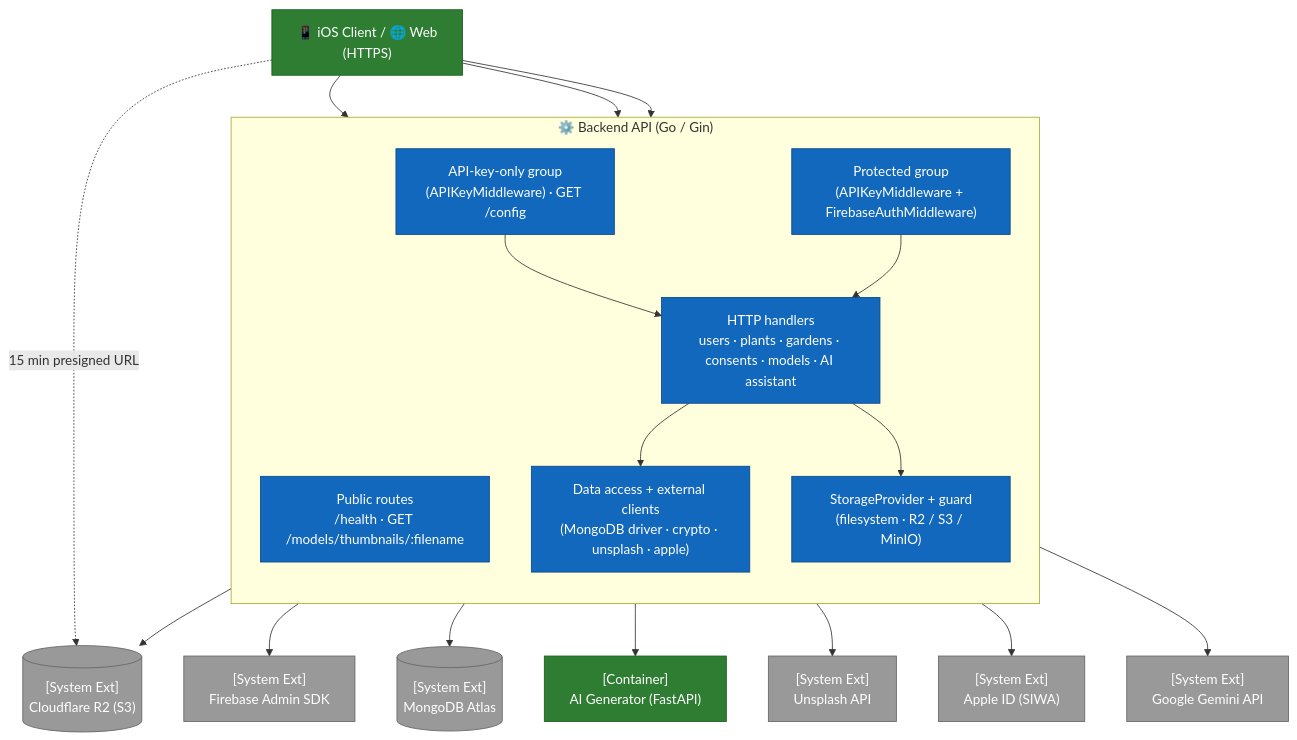
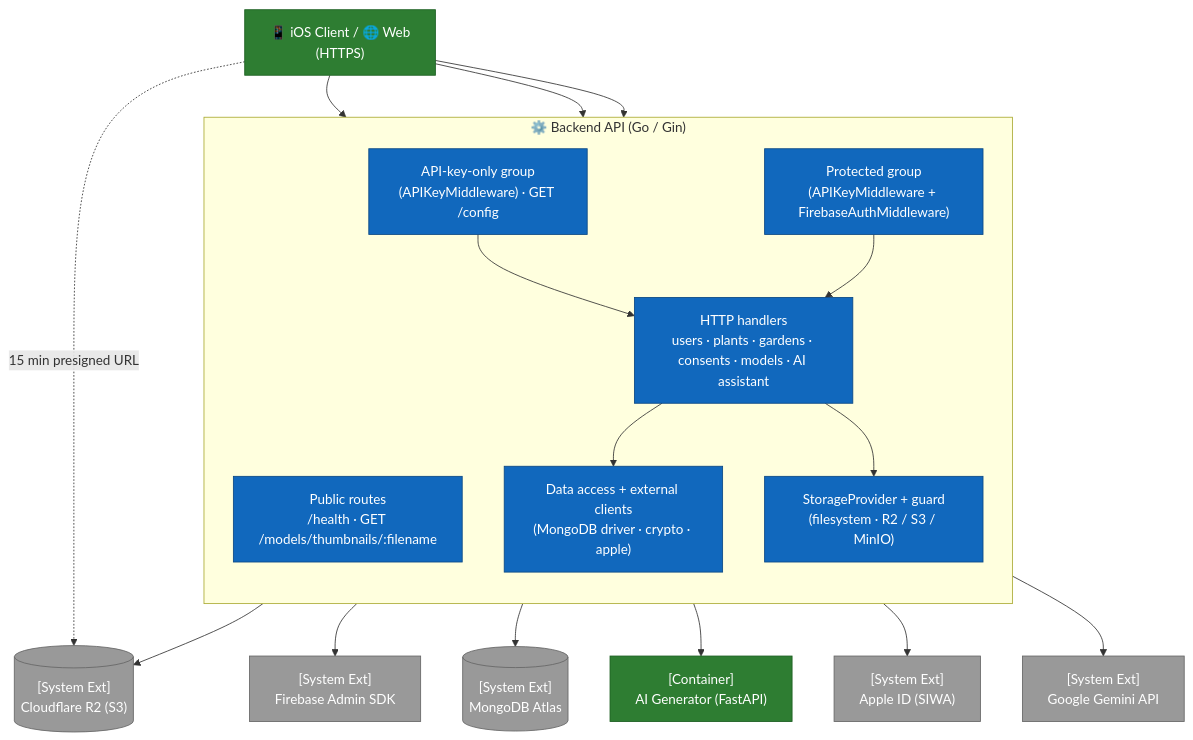
Before and after one commit to ArboreTeam/Arbore: the diagram in docs/en/architecture/03-components-backend.md, drawn with Mermaid. The commit also changed other lines of this file and 35 other files, not shown here.

````diff
--- a/docs/en/architecture/03-components-backend.md
+++ b/docs/en/architecture/03-components-backend.md
@@ -9,46 +9,44 @@
 ```mermaid
 flowchart TB
     client["📱 iOS Client / 🌐 Web<br/>(HTTPS)"]
 
     subgraph backend["⚙️ Backend API (Go / Gin)"]
         direction TB
         public["Public routes<br/>/health · GET /models/thumbnails/:filename"]
         apikey["API-key-only group<br/>(APIKeyMiddleware) · GET /config"]
         protected["Protected group<br/>(APIKeyMiddleware + FirebaseAuthMiddleware)"]
         handlers["HTTP handlers<br/>users · plants · gardens · consents · models · AI assistant"]
-        access["Data access + external clients<br/>(MongoDB driver · crypto · unsplash · apple)"]
+        access["Data access + external clients<br/>(MongoDB driver · crypto · apple)"]
         storage["StorageProvider + guard<br/>(filesystem · R2 / S3 / MinIO)"]
 
         apikey --> handlers
         protected --> handlers
         handlers --> access
         handlers --> storage
     end
 
     mongo[("[System Ext]<br/>MongoDB Atlas")]
     firebase_admin["[System Ext]<br/>Firebase Admin SDK"]
     ai_gen["[Container]<br/>AI Generator (FastAPI)"]
-    unsplash["[System Ext]<br/>Unsplash API"]
     apple["[System Ext]<br/>Apple ID (SIWA)"]
     gemini["[System Ext]<br/>Google Gemini API"]
     storage_ext[("[System Ext]<br/>Cloudflare R2 (S3)")]
 
     client --> public
     client --> apikey
     client --> protected
     protected --> firebase_admin
     access --> mongo
     access --> ai_gen
-    access --> unsplash
     access --> apple
     handlers --> gemini
     storage --> storage_ext
     client -. "15 min presigned URL" .-> storage_ext
 
     classDef ext   fill:#999,stroke:#666,color:#fff
     classDef layer fill:#1168BD,stroke:#0B4884,color:#fff
     classDef cont  fill:#2E7D32,stroke:#1B5E20,color:#fff
     class public,apikey,protected,handlers,access,storage layer
     class client,ai_gen cont
-    class mongo,firebase_admin,unsplash,apple,gemini,storage_ext ext
+    class mongo,firebase_admin,apple,gemini,storage_ext ext
 ```
````
